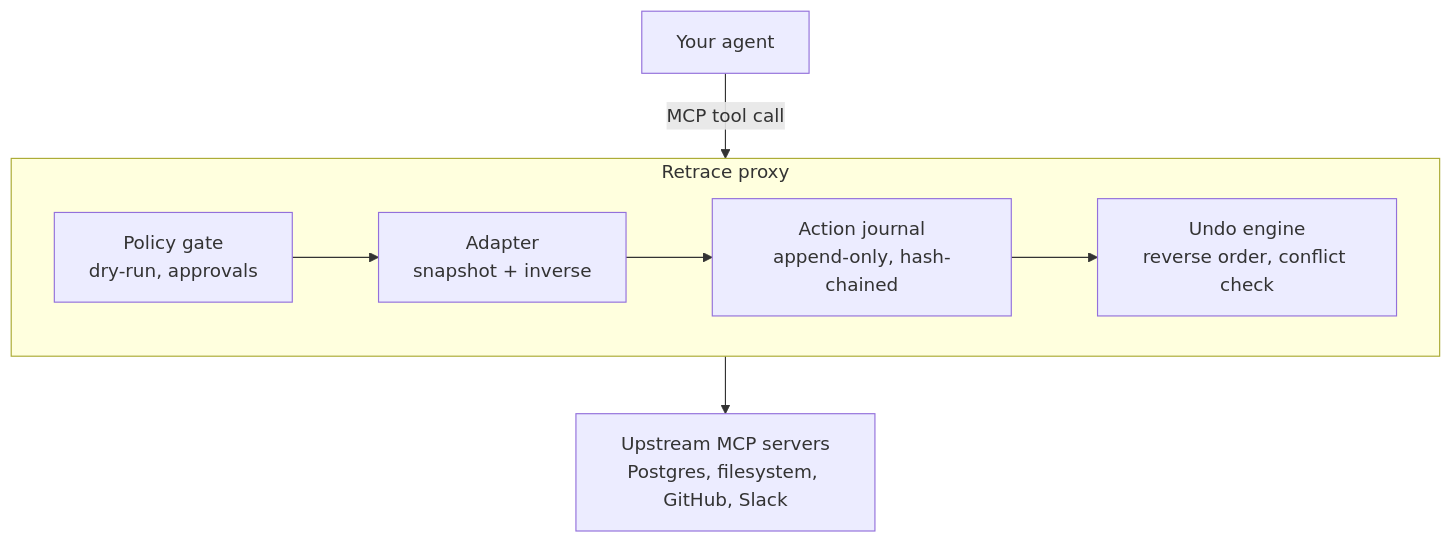
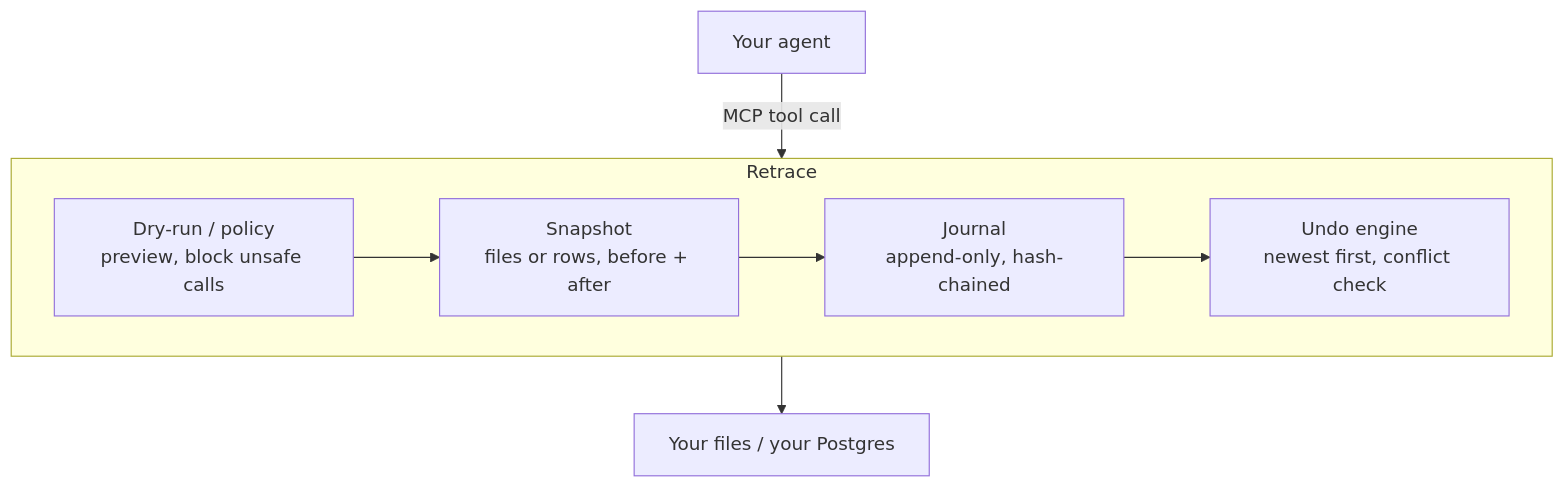
One commit to kandimallasivaji9/retrace changed the diagram in README.md. Above: the diagram before and after it, drawn with Mermaid. The commit also changed other lines of this file and 13 other files, not shown here.

````diff
--- a/README.md
+++ b/README.md
@@ -60,10 +114,10 @@
 ```mermaid
 flowchart TD
-  A[Your agent] -->|MCP tool call| P
-  subgraph P[Retrace proxy]
-    G[Policy gate<br/>dry-run, approvals] --> AD[Adapter<br/>snapshot + inverse]
-    AD --> J[Action journal<br/>append-only, hash-chained]
-    J --> U[Undo engine<br/>reverse order, conflict check]
+  A[Your agent] -->|MCP tool call| R
+  subgraph R[Retrace]
+    D[Dry-run / policy<br/>preview, block unsafe calls] --> S[Snapshot<br/>files or rows, before + after]
+    S --> J[Journal<br/>append-only, hash-chained]
+    J --> U[Undo engine<br/>newest first, conflict check]
   end
-  P --> S[Upstream MCP servers<br/>Postgres, filesystem, GitHub, Slack]
+  R --> T[Your files / your Postgres]
 ```
````
